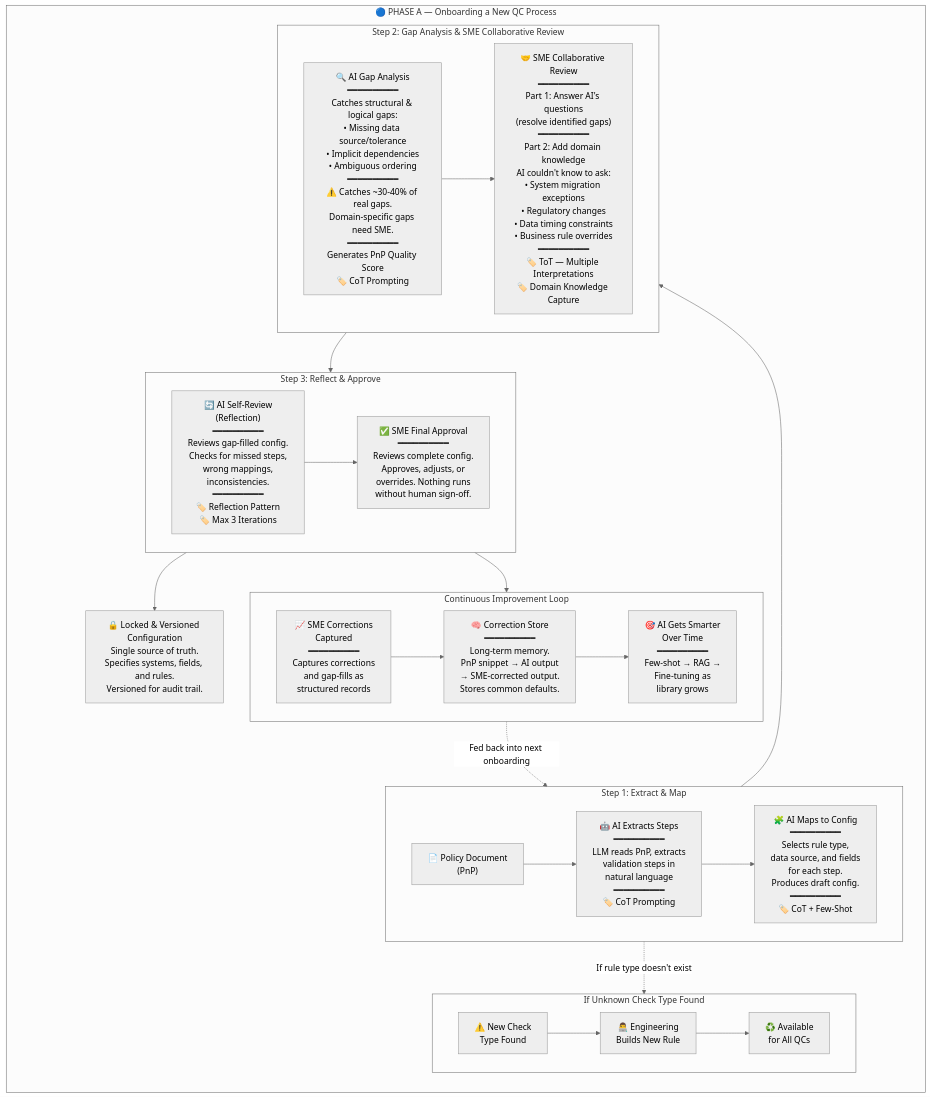
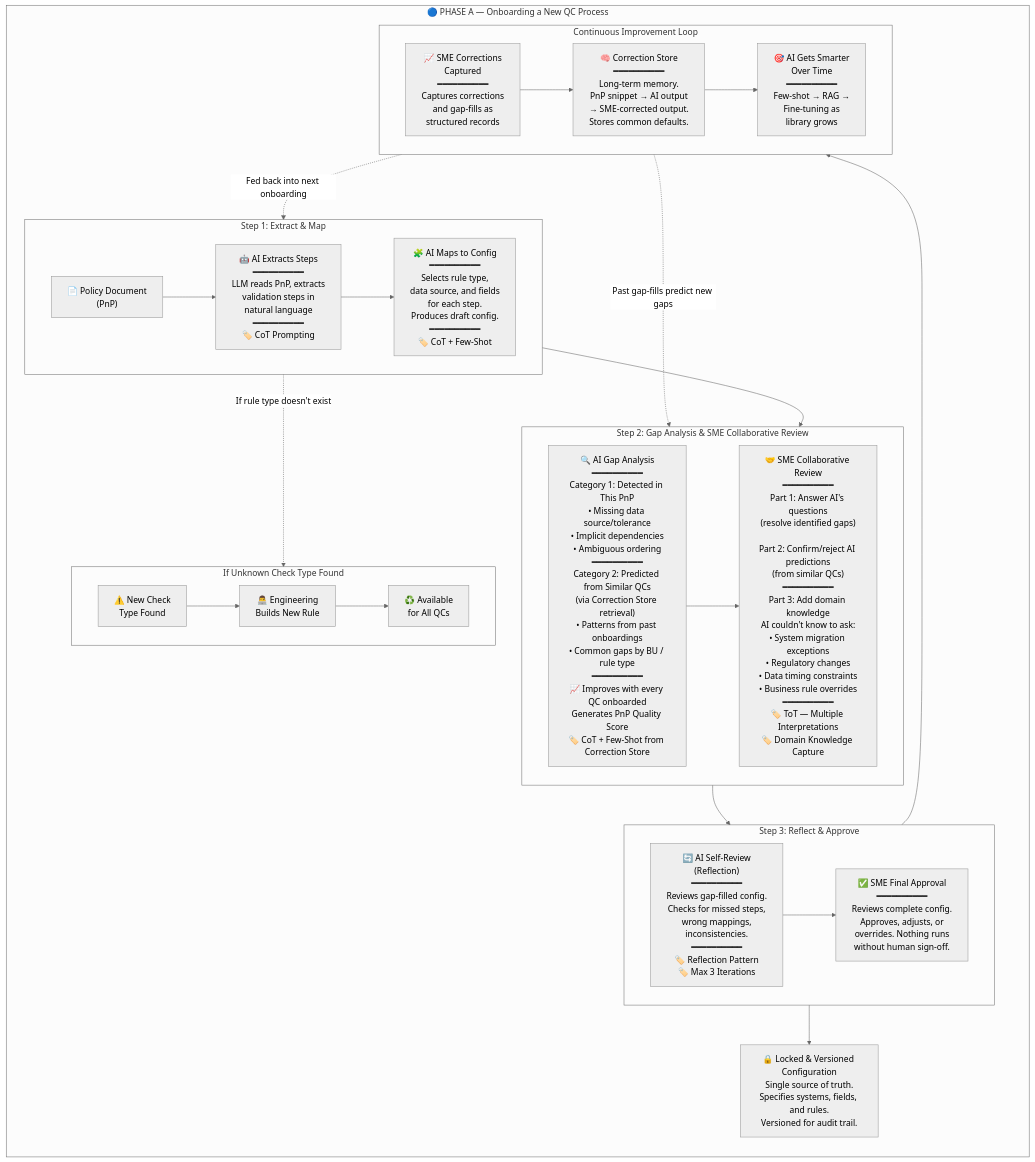
Before and after one commit to Praveen2795/Agentic-qc-automation: the third of 9 diagrams in architecture-flowchart.md, drawn with Mermaid (neutral theme). The commit also changed 2 other files, not shown here.

Commit message:
Add Correction Store → Gap Analysis feedback loop
- Gap Analysis now has two categories: 'Detected in This PnP' (CoT) + 'Predicted from Similar QCs' (Correction Store retrieval)
- Added Few-Shot badge to Gap Analysis card
- SME Collaborative Review now has 3 parts: Answer questions, Confirm/reject predictions, Add domain knowledge
- Correction Store feeds forward into 3 steps: Extract, Gap Analysis, Phase B
- Added dotted arrow from Correction Store → Gap Analysis in Mermaid flowchart
- Updated scaling path: few-shot → RAG → predictive → fine-tuning
- Updated 'AI Gets Smarter' card to show all 3 feed-forward targets
- Key insight: AI shifts from 'find what's missing in THIS PnP' → 'predict what's USUALLY missing in PnPs LIKE this'

````diff
--- a/architecture-flowchart.md
+++ b/architecture-flowchart.md
@@ -56,43 +56,44 @@
 ```mermaid
 flowchart TB
     subgraph PHASE_A["🔵 PHASE A — Onboarding a New QC Process"]
         direction TB
 
         subgraph ROW1["Step 1: Extract & Map"]
             direction LR
             A1["📄 Policy Document\n(PnP)"] --> A2["🤖 AI Extracts Steps\n━━━━━━━━━━\nLLM reads PnP, extracts\nvalidation steps in\nnatural language\n━━━━━━━━━━\n🏷️ CoT Prompting"]
             A2 --> A3["🧩 AI Maps to Config\n━━━━━━━━━━\nSelects rule type,\ndata source, and fields\nfor each step.\nProduces draft config.\n━━━━━━━━━━\n🏷️ CoT + Few-Shot"]
         end
 
         subgraph ROW2["Step 2: Gap Analysis & SME Collaborative Review"]
             direction LR
-            A4["🔍 AI Gap Analysis\n━━━━━━━━━━\nCatches structural & logical gaps:\n• Missing data source/tolerance\n• Implicit dependencies\n• Ambiguous ordering\n━━━━━━━━━━\n⚠️ Catches ~30-40% of real gaps.\nDomain-specific gaps need SME.\n━━━━━━━━━━\nGenerates PnP Quality Score\n🏷️ CoT Prompting"] --> A5["🤝 SME Collaborative Review\n━━━━━━━━━━\nPart 1: Answer AI's questions\n(resolve identified gaps)\n━━━━━━━━━━\nPart 2: Add domain knowledge\nAI couldn't know to ask:\n• System migration exceptions\n• Regulatory changes\n• Data timing constraints\n• Business rule overrides\n━━━━━━━━━━\n🏷️ ToT — Multiple Interpretations\n🏷️ Domain Knowledge Capture"]
+            A4["🔍 AI Gap Analysis\n━━━━━━━━━━\nCategory 1: Detected in This PnP\n• Missing data source/tolerance\n• Implicit dependencies\n• Ambiguous ordering\n━━━━━━━━━━\nCategory 2: Predicted from Similar QCs\n(via Correction Store retrieval)\n• Patterns from past onboardings\n• Common gaps by BU / rule type\n━━━━━━━━━━\n📈 Improves with every QC onboarded\nGenerates PnP Quality Score\n🏷️ CoT + Few-Shot from Correction Store"] --> A5["🤝 SME Collaborative Review\n━━━━━━━━━━\nPart 1: Answer AI's questions\n(resolve identified gaps)\n\nPart 2: Confirm/reject AI predictions\n(from similar QCs)\n━━━━━━━━━━\nPart 3: Add domain knowledge\nAI couldn't know to ask:\n• System migration exceptions\n• Regulatory changes\n• Data timing constraints\n• Business rule overrides\n━━━━━━━━━━\n🏷️ ToT — Multiple Interpretations\n🏷️ Domain Knowledge Capture"]
         end
 
         subgraph ROW3["Step 3: Reflect & Approve"]
             direction LR
             A6["🔄 AI Self-Review\n(Reflection)\n━━━━━━━━━━\nReviews gap-filled config.\nChecks for missed steps,\nwrong mappings,\ninconsistencies.\n━━━━━━━━━━\n🏷️ Reflection Pattern\n🏷️ Max 3 Iterations"] --> A7["✅ SME Final Approval\n━━━━━━━━━━\nReviews complete config.\nApproves, adjusts, or\noverrides. Nothing runs\nwithout human sign-off."]
         end
 
         ROW1 --> ROW2
         ROW2 --> ROW3
 
         A7 --> LOCK["🔒 Locked & Versioned Configuration\nSingle source of truth.\nSpecifies systems, fields, and rules.\nVersioned for audit trail."]
 
         subgraph IMPROVE["Continuous Improvement Loop"]
             direction LR
             C1["📈 SME Corrections\nCaptured\n━━━━━━━━━━\nCaptures corrections\nand gap-fills as\nstructured records"] --> C2["🧠 Correction Store\n━━━━━━━━━━\nLong-term memory.\nPnP snippet → AI output\n→ SME-corrected output.\nStores common defaults."]
             C2 --> C3["🎯 AI Gets Smarter\nOver Time\n━━━━━━━━━━\nFew-shot → RAG →\nFine-tuning as\nlibrary grows"]
         end
 
         A7 --> C1
         C3 -.->|"Fed back into next onboarding"| A2
+        C3 -.->|"Past gap-fills predict new gaps"| A4
 
         subgraph NEWRULE["If Unknown Check Type Found"]
             direction LR
             N1["⚠️ New Check\nType Found"] --> N2["👨‍💻 Engineering\nBuilds New Rule"] --> N3["♻️ Available\nfor All QCs"]
         end
 
         A3 -.->|"If rule type doesn't exist"| N1
     end
 ```
````
